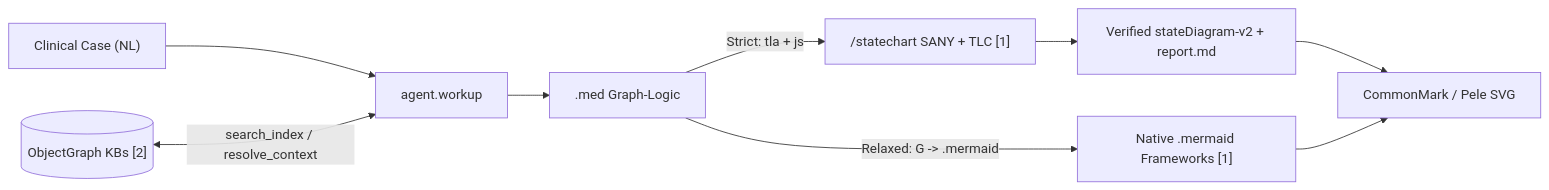
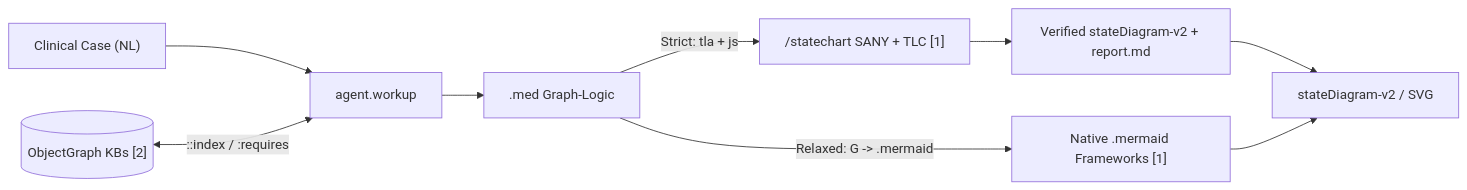
One commit to wetware-hq/chart changed the first of 5 diagrams in README.md. Above: the diagram before and after it, drawn with Mermaid. The commit also changed other lines of this file, not shown here.

Commit message:
Remove agent context-loader and prompt residue from the .med specification

````diff
--- a/README.md
+++ b/README.md
@@ -31,11 +31,11 @@
 ```mermaid
 flowchart LR
   Case["Clinical Case (NL)"] --> Workup["agent.workup"]
-  KB[("ObjectGraph KBs [2]")] <-->|"search_index / resolve_context"| Workup
+  KB[("ObjectGraph KBs [2]")] <-->|"::index / :requires"| Workup
   Workup --> Med[".med Graph-Logic"]
   Med -->|"Strict: tla + js"| TLC["/statechart SANY + TLC [1]"]
   TLC --> Chart["Verified stateDiagram-v2 + report.md"]
   Med -->|"Relaxed: G -> .mermaid"| Mmd["Native .mermaid Frameworks [1]"]
-  Chart --> Pele["CommonMark / Pele SVG"]
-  Mmd --> Pele
+  Chart --> Out["stateDiagram-v2 / SVG"]
+  Mmd --> Out
 ```
````
